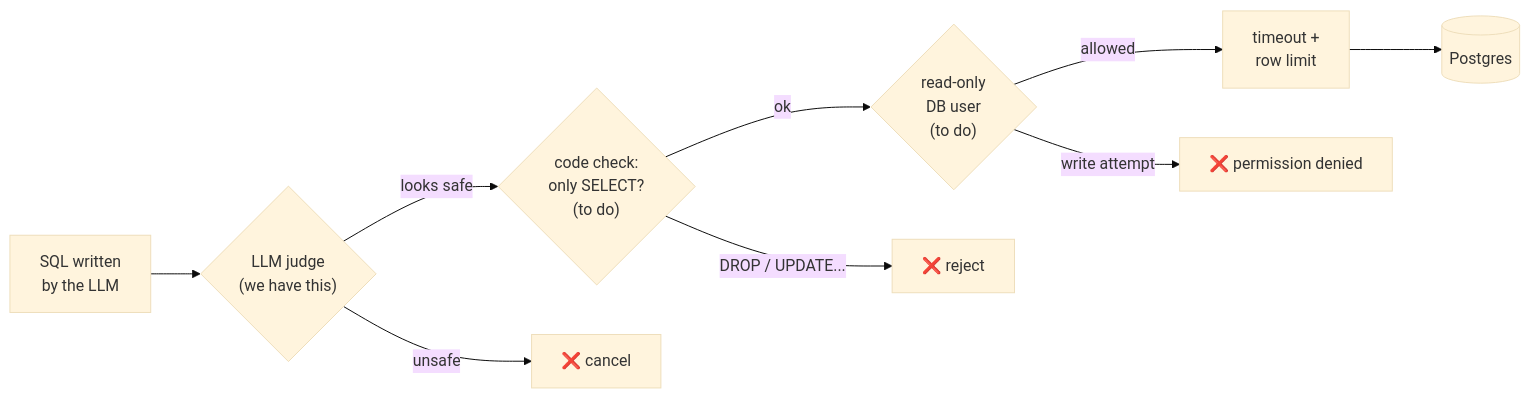
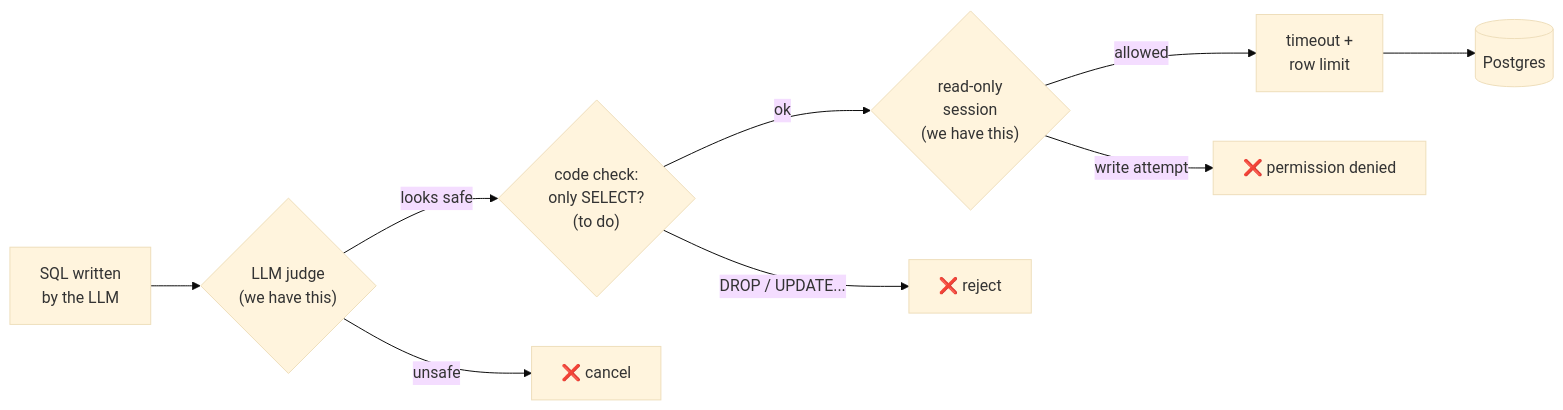
The ninth of 11 diagrams in README.md (joanasoares0/data_agent), drawn with Mermaid (base theme) before and after one commit. The commit also changed other lines of this file and 8 other files, not shown here.

````diff
--- a/README.md
+++ b/README.md
@@ -535,10 +544,10 @@
 ```mermaid
 flowchart LR
     q["SQL written<br/>by the LLM"] --> l3{"LLM judge<br/>(we have this)"}
     l3 -->|"looks safe"| l2{"code check:<br/>only SELECT?<br/>(to do)"}
-    l2 -->|ok| l1{"read-only<br/>DB user<br/>(to do)"}
+    l2 -->|ok| l1{"read-only<br/>session<br/>(we have this)"}
     l1 -->|allowed| l4["timeout +<br/>row limit"] --> db[("Postgres")]
     l3 -->|unsafe| x1["❌ cancel"]
     l2 -->|"DROP / UPDATE..."| x2["❌ reject"]
     l1 -->|"write attempt"| x3["❌ permission denied"]
 ```
````
